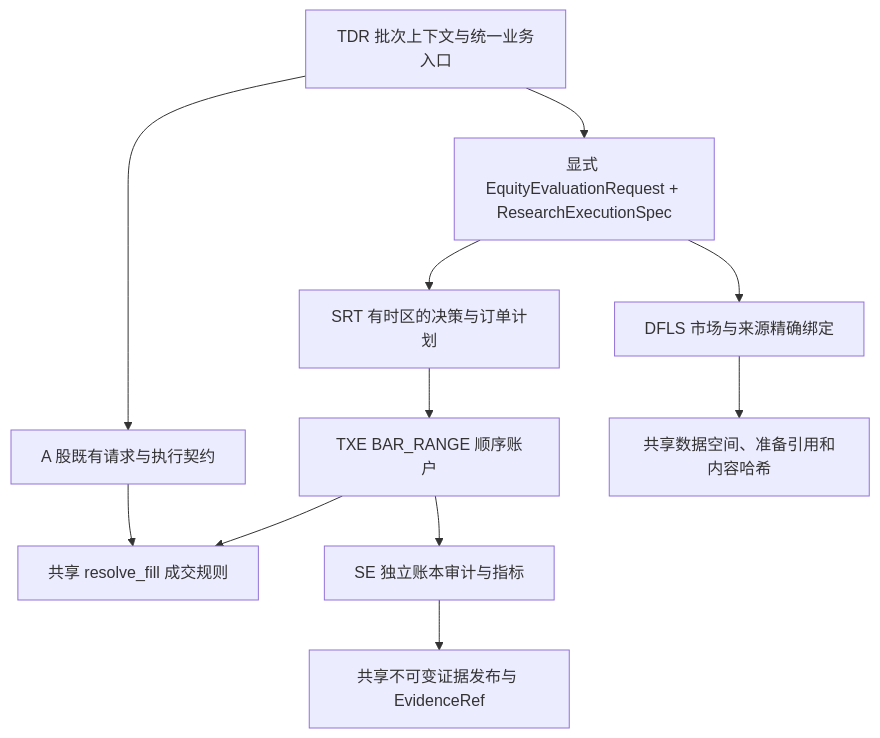
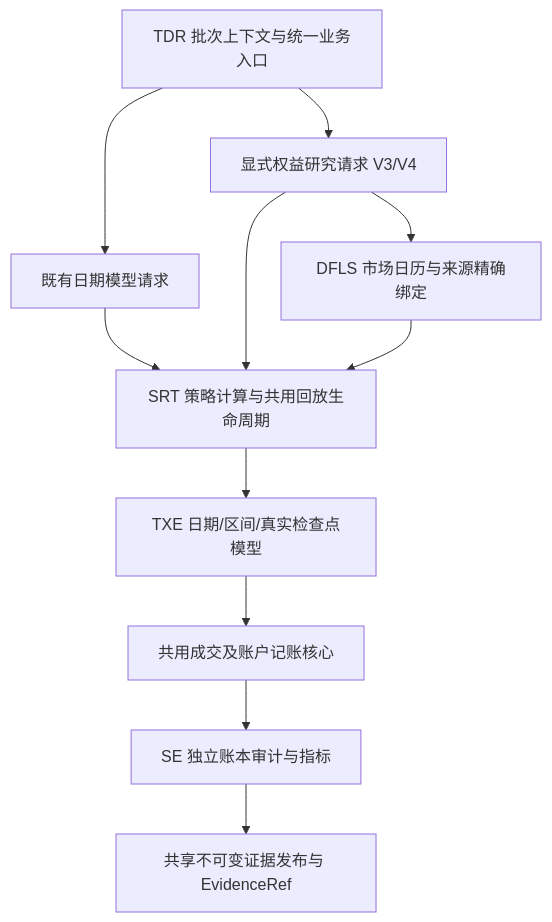
Before and after one commit to tomxiao/czsc_trader: the diagram in src/czsc_trader/README.md, drawn with Mermaid. The commit also changed other lines of this file and 46 other files, not shown here.

````diff
--- a/src/czsc_trader/README.md
+++ b/src/czsc_trader/README.md
@@ -1115,13 +1156,13 @@
 ```mermaid
 flowchart TD
-    TDR[TDR 批次上下文与统一业务入口] --> A[A 股既有请求与执行契约]
-    TDR --> U[显式 EquityEvaluationRequest + ResearchExecutionSpec]
-    U --> D[DFLS 市场与来源精确绑定]
-    U --> S[SRT 有时区的决策与订单计划]
-    S --> X[TXE BAR_RANGE 顺序账户]
-    A --> F[共享 resolve_fill 成交规则]
-    X --> F
-    X --> E[SE 独立账本审计与指标]
-    D --> P[共享数据空间、准备引用和内容哈希]
+    TDR[TDR 批次上下文与统一业务入口] --> A[既有日期模型请求]
+    TDR --> U[显式权益研究请求 V3/V4]
+    U --> D[DFLS 市场日历与来源精确绑定]
+    A --> S[SRT 策略计算与共用回放生命周期]
+    U --> S
+    D --> S
+    S --> X[TXE 日期/区间/真实检查点模型]
+    X --> F[共用成交及账户记账核心]
+    F --> E[SE 独立账本审计与指标]
     E --> R[共享不可变证据发布与 EvidenceRef]
 ```
````
